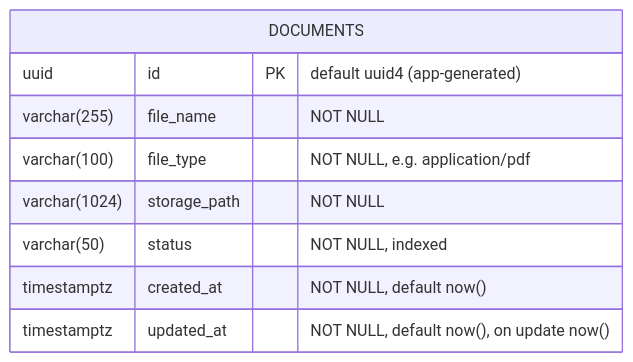
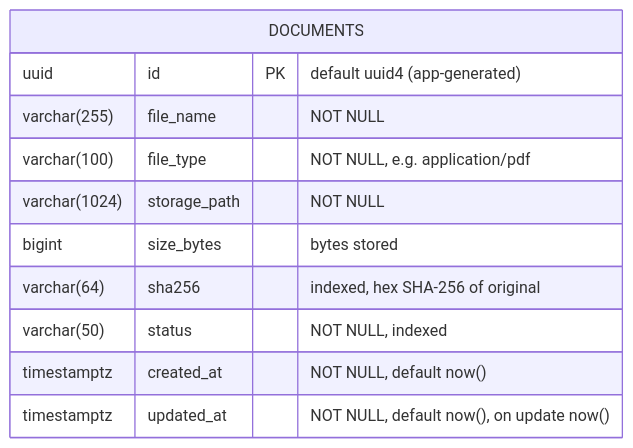
One commit to diptu/docIS changed the diagram in backend/docs/database_schema.md. Above: the diagram before and after it, drawn with Mermaid. The commit also changed other lines of this file and 32 other files, not shown here.

````diff
--- a/backend/docs/database_schema.md
+++ b/backend/docs/database_schema.md
@@ -5,12 +5,14 @@
 ```mermaid
 erDiagram
     DOCUMENTS {
         uuid id PK "default uuid4 (app-generated)"
         varchar(255) file_name "NOT NULL"
         varchar(100) file_type "NOT NULL, e.g. application/pdf"
         varchar(1024) storage_path "NOT NULL"
+        bigint size_bytes "bytes stored"
+        varchar(64) sha256 "indexed, hex SHA-256 of original"
         varchar(50) status "NOT NULL, indexed"
         timestamptz created_at "NOT NULL, default now()"
         timestamptz updated_at "NOT NULL, default now(), on update now()"
     }
 ```
````
